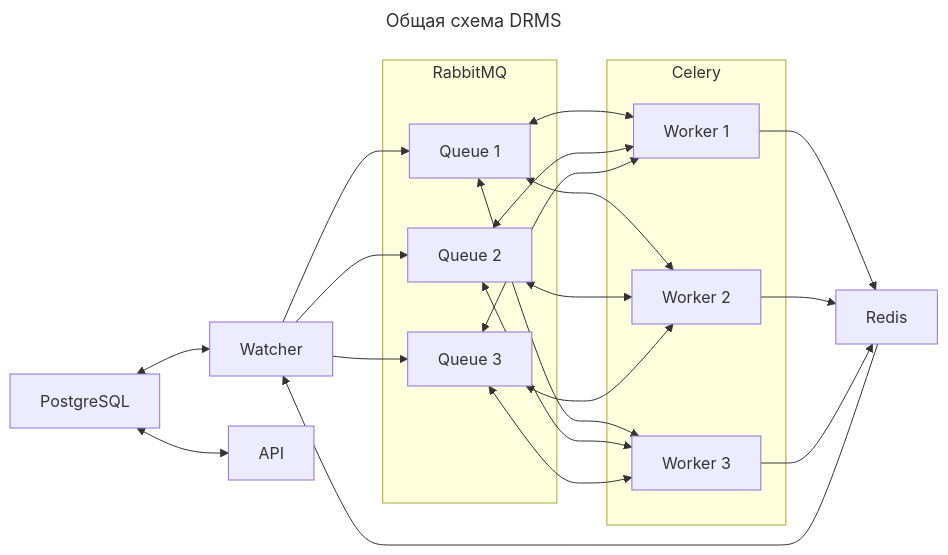
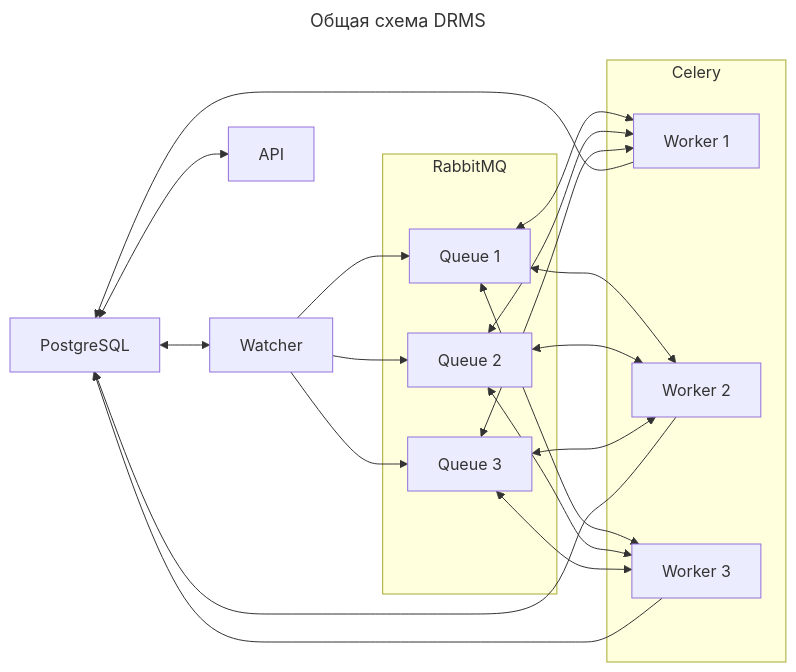
The second of 3 diagrams in project/README.md (minkovso/OtusHA), drawn with Mermaid before and after one commit. The commit also changed other lines of this file, not shown here.

````diff
--- a/project/README.md
+++ b/project/README.md
@@ -158,22 +164,22 @@
 ```mermaid
 ---
 title: Общая схема DRMS
 ---
 flowchart LR
     PostgreSQL <--> Watcher & API
     subgraph Celery
         w1[Worker 1]
         w2[Worker 2]
         w3[Worker 3]
     end
     subgraph RabbitMQ
         q1[Queue 1]
         q2[Queue 2]
         q3[Queue 3]
     end
     Watcher --> q1 & q2 & q3
     q1 <--> w1 & w2 & w3
     q2 <--> w1 & w2 & w3
     q3 <--> w1 & w2 & w3
-    w1 & w2 & w3 --> Redis --> Watcher
+    w1 & w2 & w3 --> PostgreSQL
 ```
````
